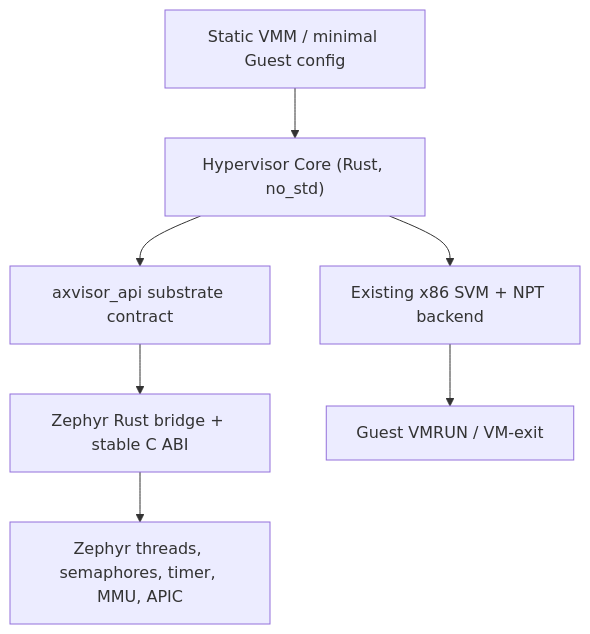
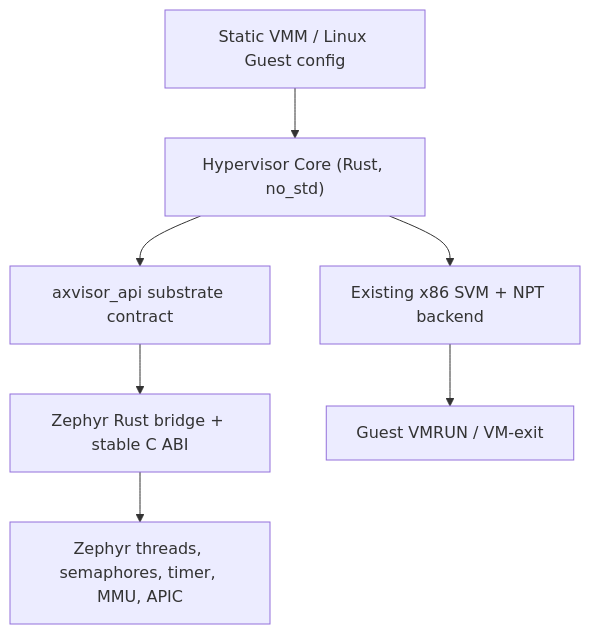
Before and after one commit to numpy1314/freehypervisor: the diagram in docs/zephyr-port/architecture.md, drawn with Mermaid. The commit also changed other lines of this file and 32 other files, not shown here.

Commit message:
port: boot Linux guest on Zephyr SVM substrate

````diff
--- a/docs/zephyr-port/architecture.md
+++ b/docs/zephyr-port/architecture.md
@@ -17,9 +17,9 @@
 ```mermaid
 flowchart TB
-    A["Static VMM / minimal Guest config"] --> B["Hypervisor Core (Rust, no_std)"]
+    A["Static VMM / Linux Guest config"] --> B["Hypervisor Core (Rust, no_std)"]
     B --> C["axvisor_api substrate contract"]
     C --> D["Zephyr Rust bridge + stable C ABI"]
     D --> E["Zephyr threads, semaphores, timer, MMU, APIC"]
     B --> F["Existing x86 SVM + NPT backend"]
     F --> G["Guest VMRUN / VM-exit"]
 ```
````
